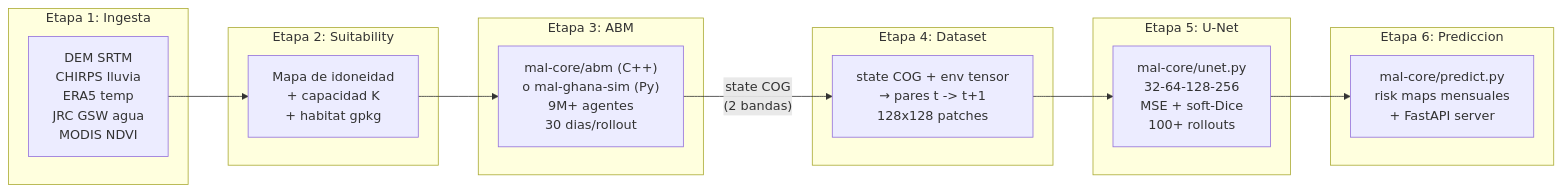
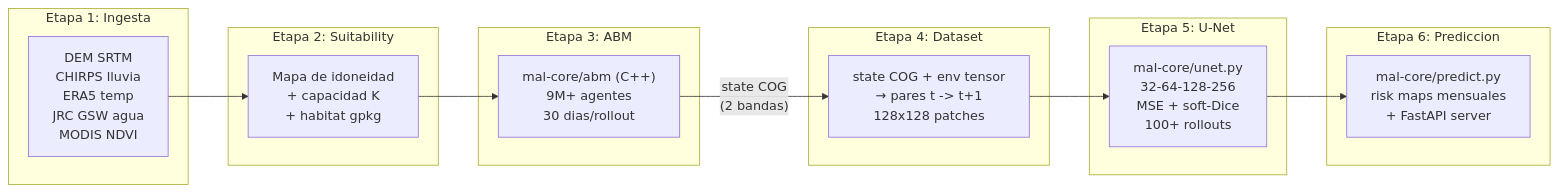
Before and after one commit to ANFAIA/MalariaSentinel: the first of 14 diagrams in docs/system-status.md, drawn with Mermaid. The commit also changed other lines of this file and 60 other files, not shown here.

First line of the commit message:
refactor(core): remove deprecated mal-ghana-sim experiment, promote pool_hydrology to mal-core

````diff
--- a/docs/system-status.md
+++ b/docs/system-status.md
@@ -11,31 +11,31 @@
 ```mermaid
 graph LR
     subgraph ETAPA1["Etapa 1: Ingesta"]
         I["DEM SRTM<br/>CHIRPS lluvia<br/>ERA5 temp<br/>JRC GSW agua<br/>MODIS NDVI"]
     end
 
     subgraph ETAPA2["Etapa 2: Suitability"]
         S["Mapa de idoneidad<br/>+ capacidad K<br/>+ habitat gpkg"]
     end
 
     subgraph ETAPA3["Etapa 3: ABM"]
-        ABM["mal-core/abm (C++)<br/>o mal-ghana-sim (Py)<br/>9M+ agentes<br/>30 dias/rollout"]
+        ABM["mal-core/abm (C++)<br/>9M+ agentes<br/>30 dias/rollout"]
     end
 
     subgraph ETAPA4["Etapa 4: Dataset"]
         D["state COG + env tensor<br/>→ pares t -> t+1<br/>128x128 patches"]
     end
 
     subgraph ETAPA5["Etapa 5: U-Net"]
         UN["mal-core/unet.py<br/>32-64-128-256<br/>MSE + soft-Dice<br/>100+ rollouts"]
     end
 
     subgraph ETAPA6["Etapa 6: Prediccion"]
         P["mal-core/predict.py<br/>risk maps mensuales<br/>+ FastAPI server"]
     end
 
     I --> S --> ABM
     ABM -->|"state COG<br/>(2 bandas)"| D
     D --> UN
     UN --> P
 ```
````
